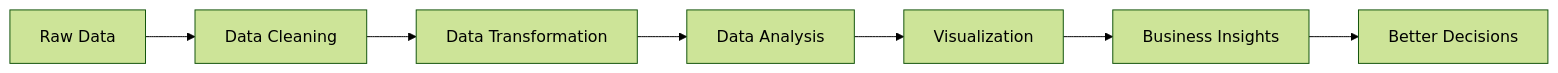
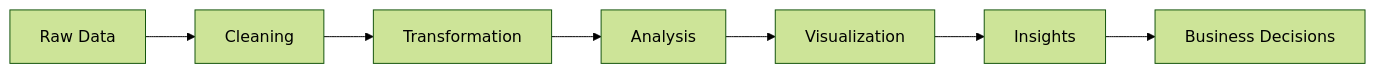
The second of 3 diagrams in README.md (nouranyasser/nouranyasser), drawn with Mermaid (forest theme) before and after one commit. The commit also changed other lines of this file, not shown here.

````diff
--- a/README.md
+++ b/README.md
@@ -114,9 +112,9 @@
 ```mermaid
 flowchart LR
-    A[Raw Data] --> B[Data Cleaning]
-    B --> C[Data Transformation]
-    C --> D[Data Analysis]
-    D --> E[Visualization]
-    E --> F[Business Insights]
-    F --> G[Better Decisions]
+A[Raw Data] --> B[Cleaning]
+B --> C[Transformation]
+C --> D[Analysis]
+D --> E[Visualization]
+E --> F[Insights]
+F --> G[Business Decisions]
 ```
````
